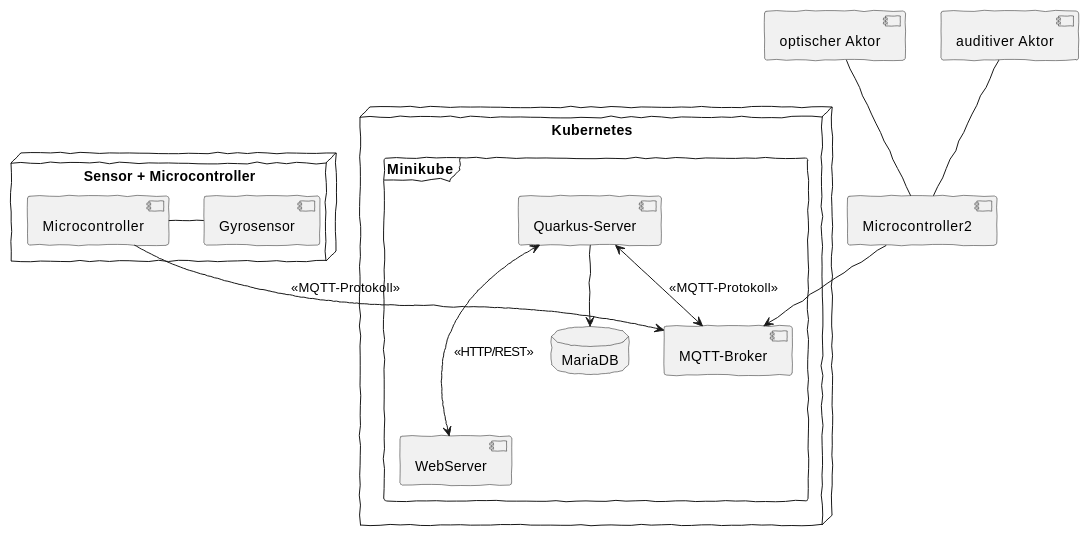
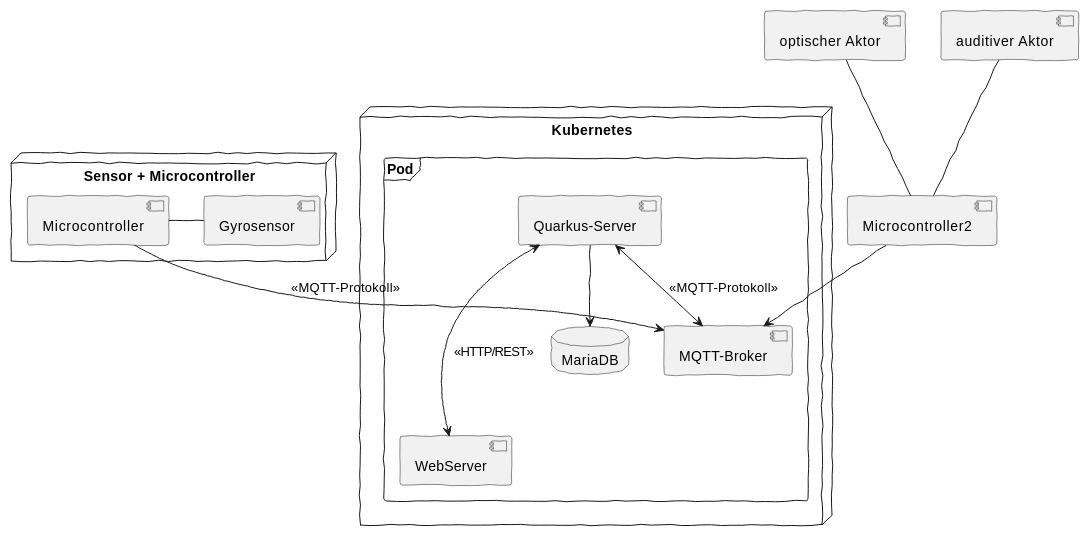
One commit to KonstantinFrank01/safer-pool-docs changed the first of 3 diagrams in asciidocs/entwurf.adoc. Above: the diagram before and after it, drawn with PlantUML.

Commit message:
change sysarc frame from Minikube to Pod

```diff
--- a/asciidocs/entwurf.adoc
+++ b/asciidocs/entwurf.adoc
@@ -12,31 +12,31 @@
 [plantuml]
 ----
 @startuml
 skinparam handwritten true
 
     node "Kubernetes" {
-        frame Minikube {
+        frame Pod {
         [MQTT-Broker]
         [WebServer]
         [Quarkus-Server]
         database "MariaDB" {
         }
           }
     }
 node "Sensor + Microcontroller" {
     [Microcontroller] - [Gyrosensor]
 }
 
 [optischer Aktor]
 [auditiver Aktor]
 [Microcontroller2]
 
 [Microcontroller] --> [MQTT-Broker] : <<MQTT-Protokoll>>
 [Quarkus-Server] <--> [MQTT-Broker] : <<MQTT-Protokoll>>
 [Quarkus-Server] --> MariaDB
 [Quarkus-Server] <---> WebServer : <<HTTP/REST>>
 [Microcontroller2] --> [MQTT-Broker]
 [optischer Aktor] -- [Microcontroller2]
 [auditiver Aktor] -- [Microcontroller2]
 @enduml
 ----
```
